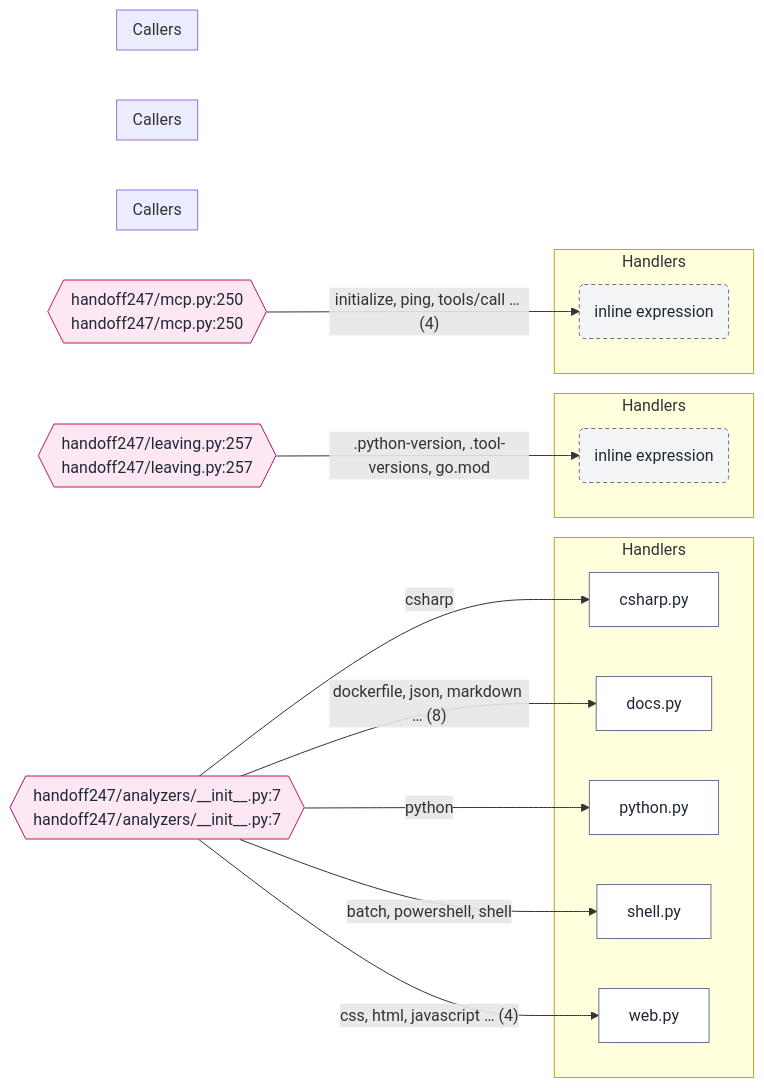
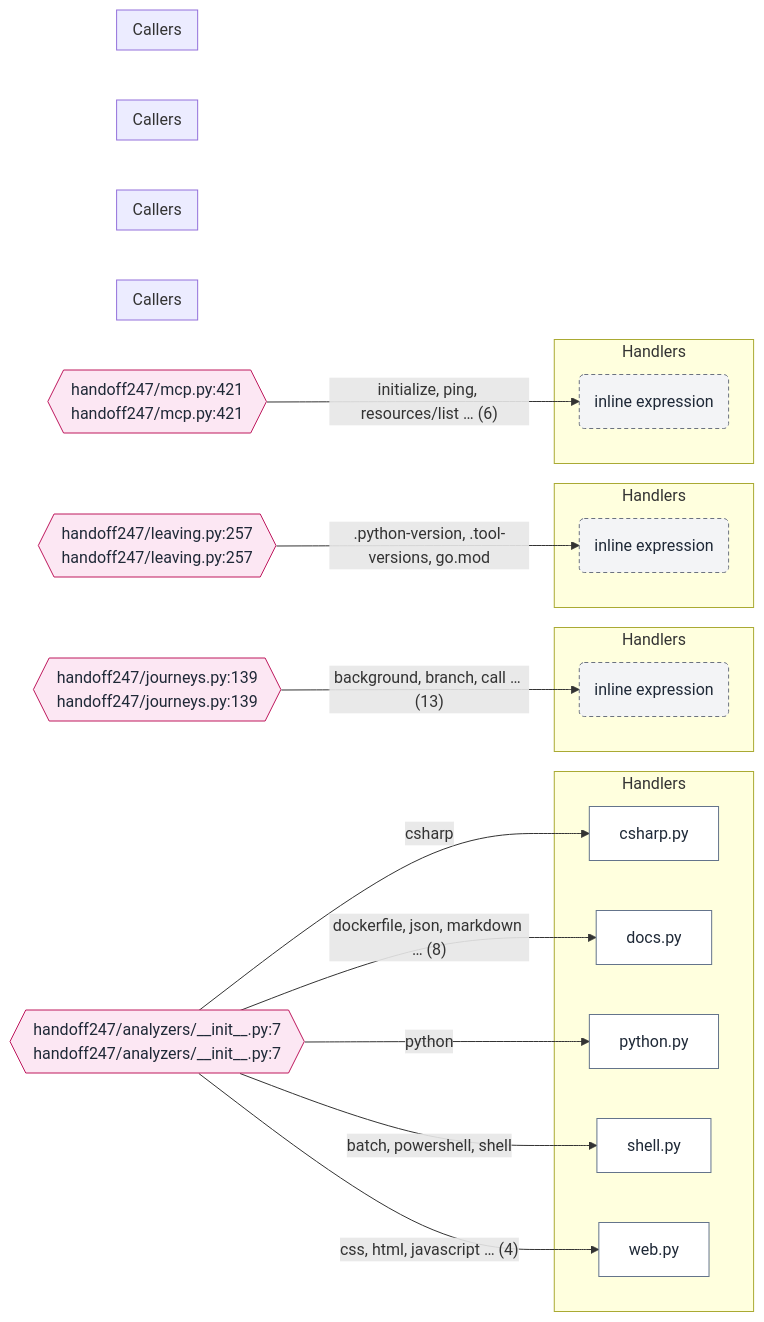
One commit to unkkyuist/HandOff247 changed the diagram in docs/handoff/diagrams/operations.mmd. Above: the diagram before and after it, drawn with Mermaid. The commit also changed 71 other files, not shown here.

```diff
--- a/docs/handoff/diagrams/operations.mmd
+++ b/docs/handoff/diagrams/operations.mmd
@@ -1,40 +1,47 @@
 flowchart LR
   n1{{"handoff247/analyzers/#95;#95;init#95;#95;.py:7<br/>handoff247/analyzers/#95;#95;init#95;#95;.py:7"}}:::table
   subgraph g2["Callers"]
   end
   subgraph g3["Handlers"]
     n4["csharp.py"]:::file
     n5["docs.py"]:::file
     n6["python.py"]:::file
     n7["shell.py"]:::file
     n8["web.py"]:::file
   end
   n1 -->|"csharp"| n4
   n1 -->|"python"| n6
   n1 -->|"css, html, javascript … (4)"| n8
   n1 -->|"batch, powershell, shell"| n7
   n1 -->|"dockerfile, json, markdown … (8)"| n5
-  n9{{"handoff247/leaving.py:257<br/>handoff247/leaving.py:257"}}:::table
+  n9{{"handoff247/journeys.py:139<br/>handoff247/journeys.py:139"}}:::table
   subgraph g10["Callers"]
   end
   subgraph g11["Handlers"]
     n12("inline expression"):::hub
   end
-  n9 -->|".python-version, .tool-versions, go.mod"| n12
-  n13{{"handoff247/mcp.py:250<br/>handoff247/mcp.py:250"}}:::table
+  n9 -->|"background, branch, call … (13)"| n12
+  n13{{"handoff247/leaving.py:257<br/>handoff247/leaving.py:257"}}:::table
   subgraph g14["Callers"]
   end
   subgraph g15["Handlers"]
     n16("inline expression"):::hub
   end
-  n13 -->|"initialize, ping, tools/call … (4)"| n16
+  n13 -->|".python-version, .tool-versions, go.mod"| n16
+  n17{{"handoff247/mcp.py:421<br/>handoff247/mcp.py:421"}}:::table
+  subgraph g18["Callers"]
+  end
+  subgraph g19["Handlers"]
+    n20("inline expression"):::hub
+  end
+  n17 -->|"initialize, ping, resources/list … (6)"| n20
   classDef entry fill:#fde68a,stroke:#b45309,color:#1f2937
   classDef launcher fill:#e0e7ff,stroke:#4338ca,color:#1f2937
   classDef mode fill:#dcfce7,stroke:#15803d,color:#1f2937
   classDef iface fill:#cffafe,stroke:#0e7490,color:#1f2937
   classDef table fill:#fce7f3,stroke:#be185d,color:#1f2937
   classDef hub fill:#f3f4f6,stroke:#6b7280,color:#1f2937,stroke-dasharray:4 3
   classDef data fill:#fef3c7,stroke:#92400e,color:#1f2937
   classDef ext fill:#ffffff,stroke:#9ca3af,color:#374151,stroke-dasharray:2 2
   classDef test fill:#ede9fe,stroke:#6d28d9,color:#1f2937
   classDef file fill:#ffffff,stroke:#64748b,color:#1f2937
```
